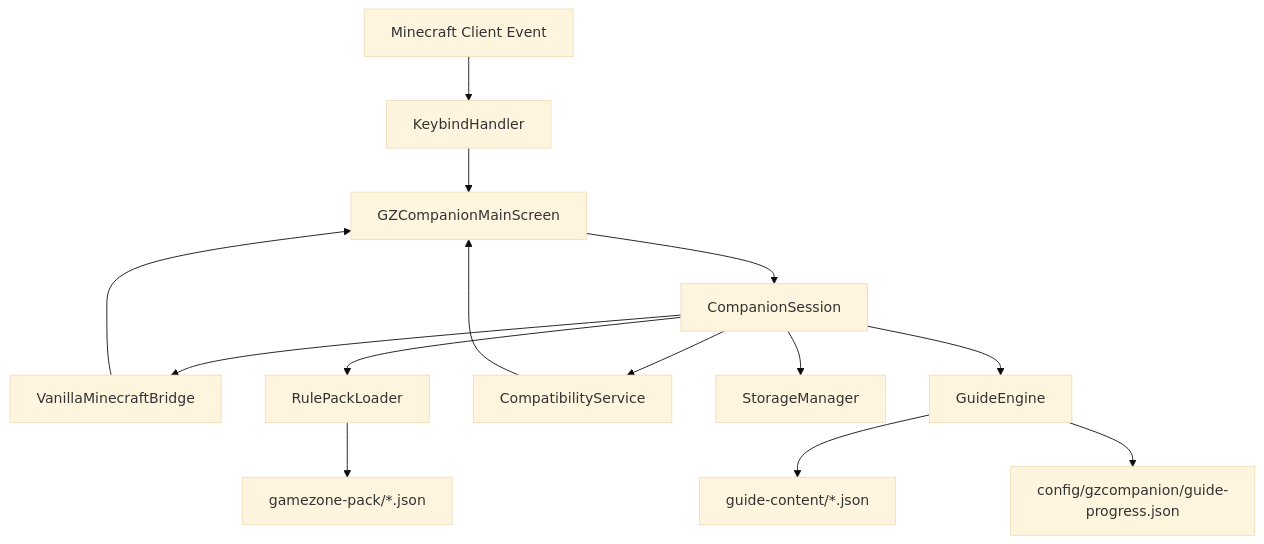
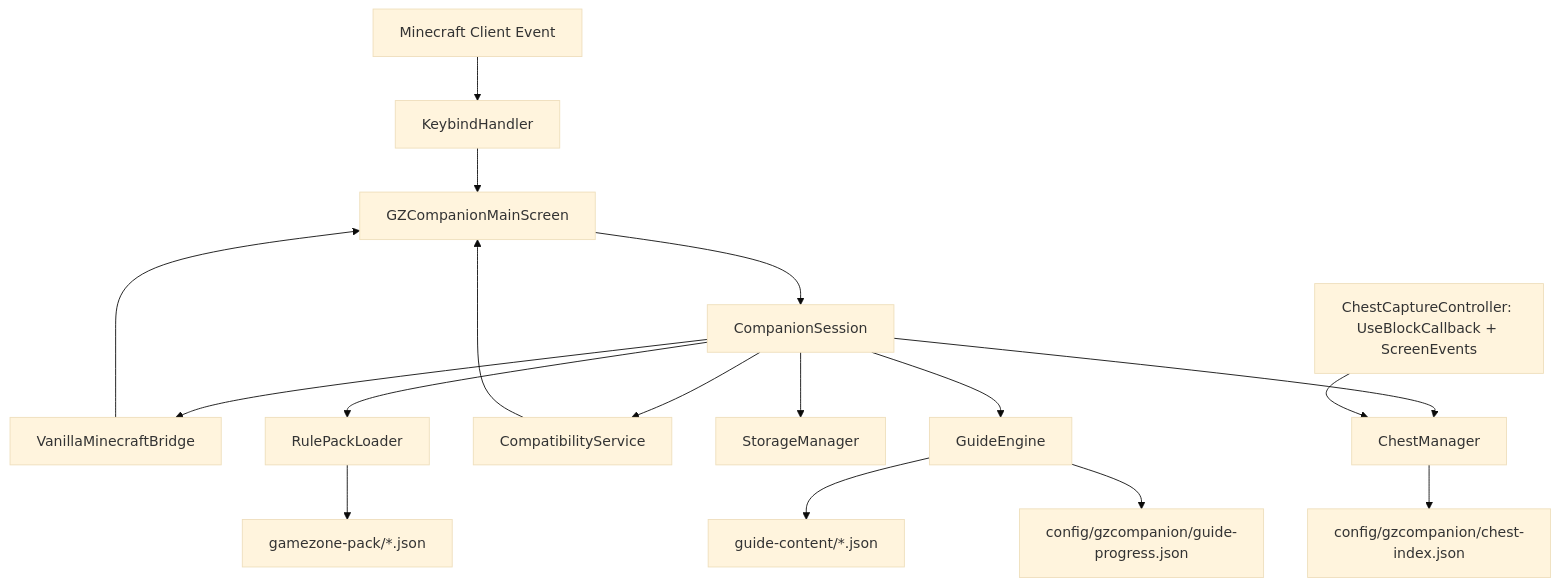
The diagram in docs/ARCHITECTURE.md (Jimmy7610/GZ-Companion), drawn with Mermaid (base theme) before and after one commit. The commit also changed other lines of this file and 28 other files, not shown here.

First line of the commit message:
feat: add fair-play last-known chest manager

````diff
--- a/docs/ARCHITECTURE.md
+++ b/docs/ARCHITECTURE.md
@@ -63,16 +70,19 @@
 ```mermaid
 graph TD
     A[Minecraft Client Event] --> B[KeybindHandler]
     B --> C[GZCompanionMainScreen]
     C --> D[CompanionSession]
     D --> E[VanillaMinecraftBridge]
     D --> F[RulePackLoader]
     D --> G[CompatibilityService]
     D --> H[StorageManager]
     D --> J[GuideEngine]
+    D --> M[ChestManager]
     F --> I[gamezone-pack/*.json]
     J --> K[guide-content/*.json]
     J --> L[config/gzcompanion/guide-progress.json]
+    M --> N[config/gzcompanion/chest-index.json]
+    N2[ChestCaptureController: UseBlockCallback + ScreenEvents] --> M
     G --> C
     E --> C
 ```
````
